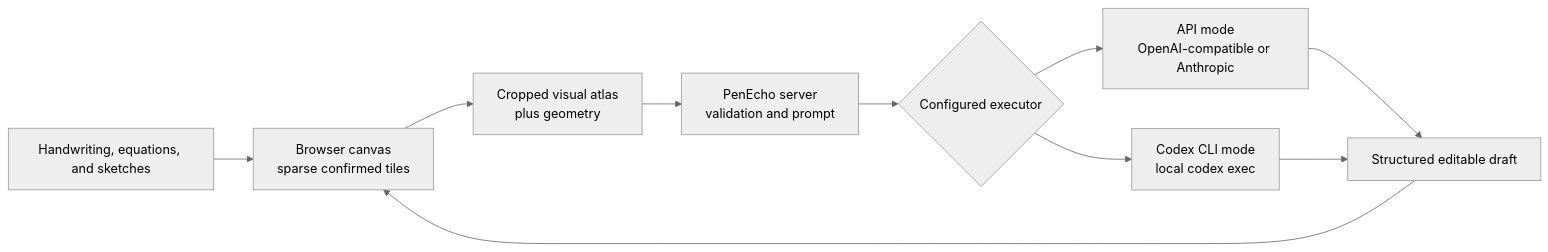
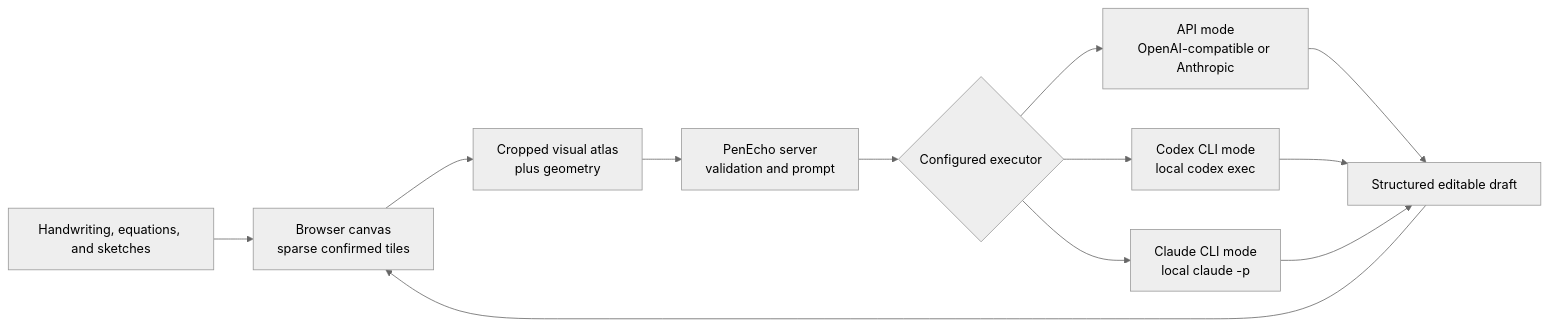
Before and after one commit to Chiazor-Daniel/myechoBoard: the diagram in README.md, drawn with Mermaid (neutral theme). The commit also changed other lines of this file and 21 other files, not shown here.

Commit message:
Add Claude CLI and latest-request-wins AI flow

````diff
--- a/README.md
+++ b/README.md
@@ -28,12 +28,14 @@
 ```mermaid
 flowchart LR
   User["Handwriting, equations, and sketches"] --> Canvas["Browser canvas<br/>sparse confirmed tiles"]
   Canvas --> Atlas["Cropped visual atlas<br/>plus geometry"]
   Atlas --> Server["PenEcho server<br/>validation and prompt"]
   Server --> Executor{"Configured executor"}
   Executor --> API["API mode<br/>OpenAI-compatible or Anthropic"]
   Executor --> Codex["Codex CLI mode<br/>local codex exec"]
+  Executor --> Claude["Claude CLI mode<br/>local claude -p"]
   API --> Draft["Structured editable draft"]
   Codex --> Draft
+  Claude --> Draft
   Draft --> Canvas
 ```
````
